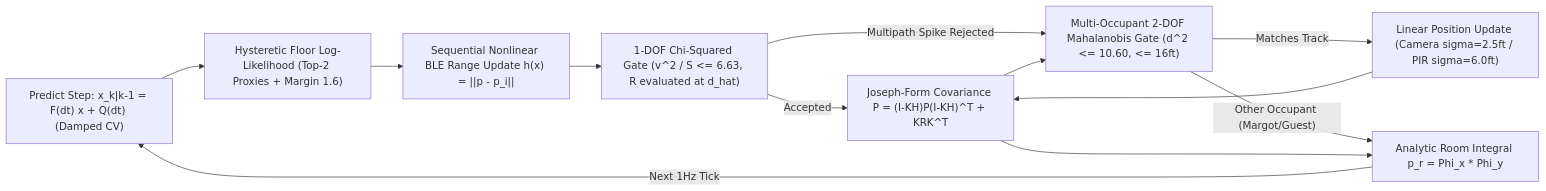
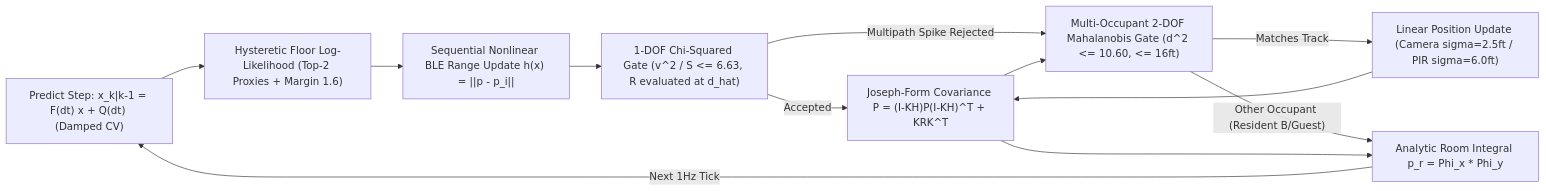
One commit to spelech/ha-presence-detection-designer changed the second of 3 diagrams in docs/ARCHITECTURE_AND_MATH.md. Above: the diagram before and after it, drawn with Mermaid. The commit also changed other lines of this file and 68 other files, not shown here.

````diff
--- a/docs/ARCHITECTURE_AND_MATH.md
+++ b/docs/ARCHITECTURE_AND_MATH.md
@@ -179,23 +178,23 @@
 ```mermaid
 flowchart LR
     PRED["Predict Step: x_k|k-1 = F(dt) x + Q(dt) (Damped CV)"]
     FLR["Hysteretic Floor Log-Likelihood (Top-2 Proxies + Margin 1.6)"]
     BLEU["Sequential Nonlinear BLE Range Update h(x) = ||p - p_i||"]
     GATE1["1-DOF Chi-Squared Gate (v^2 / S <= 6.63, R evaluated at d_hat)"]
     ASSOC["Multi-Occupant 2-DOF Mahalanobis Gate (d^2 <= 10.60, <= 16ft)"]
     POSU["Linear Position Update (Camera sigma=2.5ft / PIR sigma=6.0ft)"]
     JOS["Joseph-Form Covariance P = (I-KH)P(I-KH)^T + KRK^T"]
     ERF["Analytic Room Integral p_r = Phi_x * Phi_y"]
 
     PRED --> FLR
     FLR --> BLEU
     BLEU --> GATE1
     GATE1 -->|"Accepted"| JOS
     GATE1 -->|"Multipath Spike Rejected"| ASSOC
     JOS --> ASSOC
     ASSOC -->|"Matches Track"| POSU
-    ASSOC -->|"Other Occupant (Margot/Guest)"| ERF
+    ASSOC -->|"Other Occupant (Resident B/Guest)"| ERF
     POSU --> JOS
     JOS --> ERF
     ERF -->|"Next 1Hz Tick"| PRED
 ```
````
